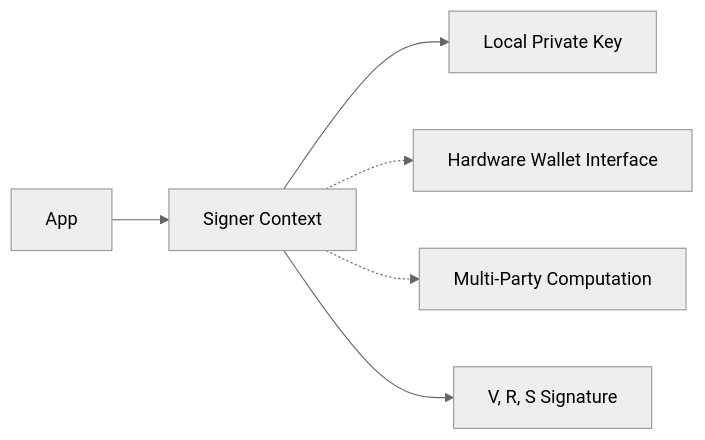
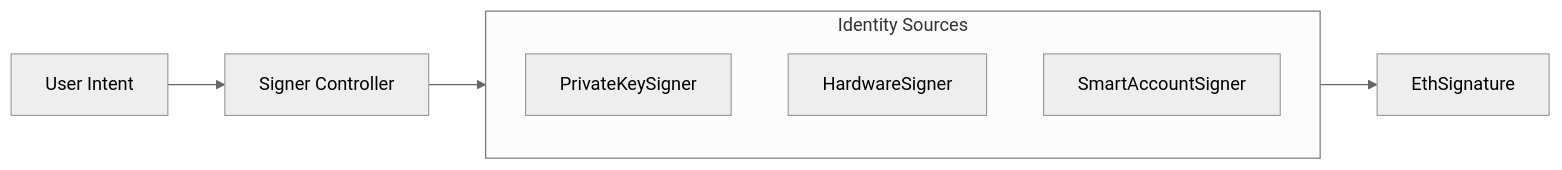
The diagram in dart_web3/packages/signer/README.md (ImL1s/dart_web3), drawn with Mermaid (neutral theme) before and after one commit. The commit also changed other lines of this file and 31 other files, not shown here.

````diff
--- a/dart_web3/packages/signer/README.md
+++ b/dart_web3/packages/signer/README.md
@@ -15,9 +17,13 @@
 ```mermaid
 graph LR
-    App[App] --> Signer[Signer Context]
-    Signer --> PK[Local Private Key]
-    Signer -.-> HW[Hardware Wallet Interface]
-    Signer -.-> MPC[Multi-Party Computation]
+    User[User Intent] --> Controller[Signer Controller]
     
-    Signer --> Output[V, R, S Signature]
+    subgraph Implementations [Identity Sources]
+        PK[PrivateKeySigner]
+        HW[HardwareSigner]
+        AA[SmartAccountSigner]
+    end
+    
+    Controller --> Implementations
+    Implementations --> Sig[EthSignature]
 ```
````
